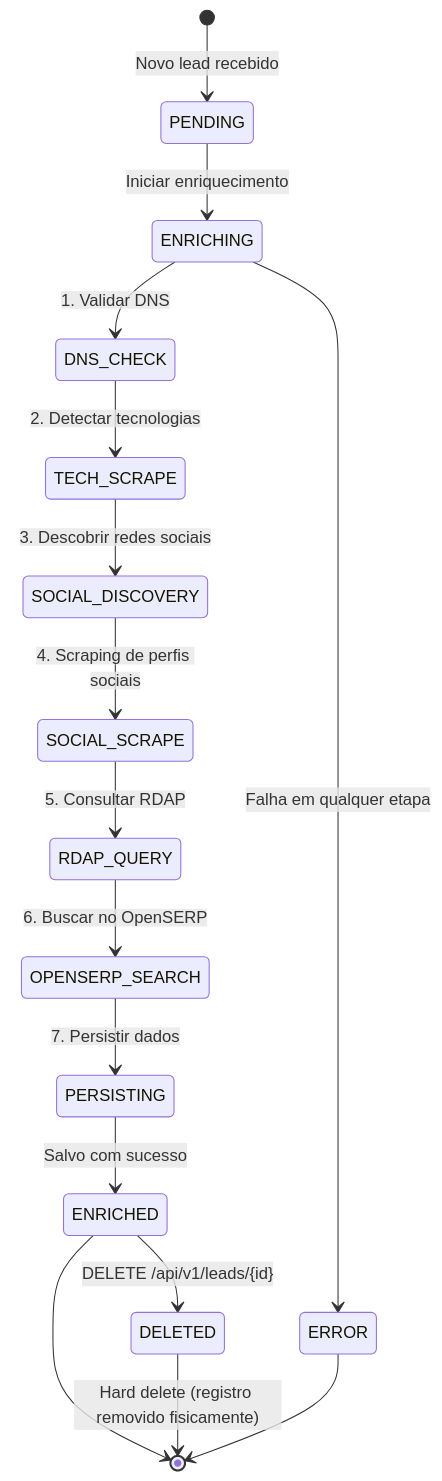
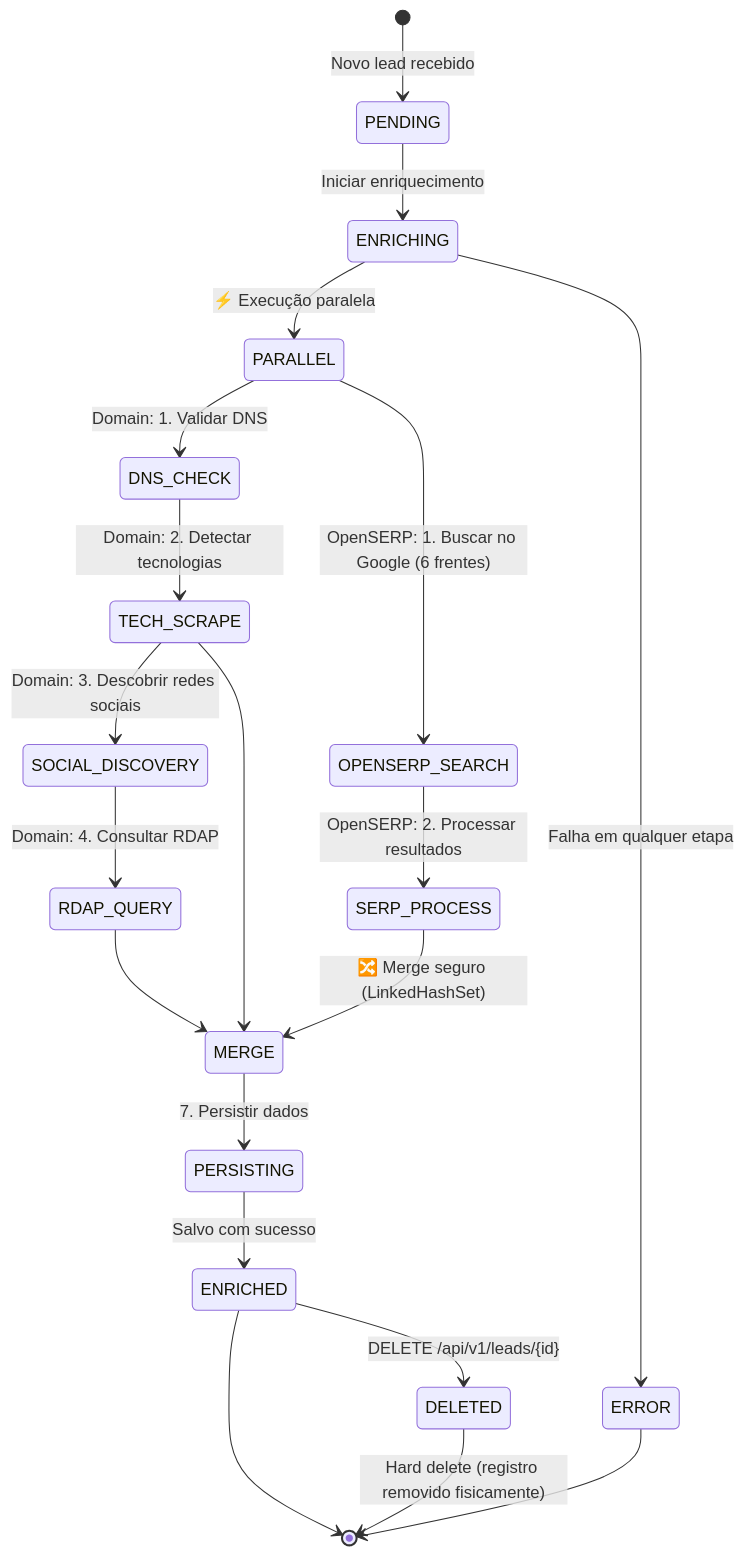
One commit to pdrodavi/lead-enrichment-api changed the first of 4 diagrams in docs/diagrams/mermaid-fluxo-enriquecimento.md. Above: the diagram before and after it, drawn with Mermaid. The commit also changed other lines of this file and 34 other files, not shown here.

````diff
--- a/docs/diagrams/mermaid-fluxo-enriquecimento.md
+++ b/docs/diagrams/mermaid-fluxo-enriquecimento.md
@@ -5,22 +5,26 @@
 ```mermaid
 stateDiagram-v2
     [*] --> PENDING : Novo lead recebido
     PENDING --> ENRICHING : Iniciar enriquecimento
 
-    ENRICHING --> DNS_CHECK : 1. Validar DNS
-    DNS_CHECK --> TECH_SCRAPE : 2. Detectar tecnologias
-    TECH_SCRAPE --> SOCIAL_DISCOVERY : 3. Descobrir redes sociais
-    SOCIAL_DISCOVERY --> SOCIAL_SCRAPE : 4. Scraping de perfis sociais
-    SOCIAL_SCRAPE --> RDAP_QUERY : 5. Consultar RDAP
-    RDAP_QUERY --> OPENSERP_SEARCH : 6. Buscar no OpenSERP
-    OPENSERP_SEARCH --> PERSISTING : 7. Persistir dados
+    ENRICHING --> PARALLEL : ⚡ Execução paralela
+    PARALLEL --> DNS_CHECK : Domain: 1. Validar DNS
+    PARALLEL --> OPENSERP_SEARCH : OpenSERP: 1. Buscar no Google (6 frentes)
+    DNS_CHECK --> TECH_SCRAPE : Domain: 2. Detectar tecnologias
+    TECH_SCRAPE --> SOCIAL_DISCOVERY : Domain: 3. Descobrir redes sociais
+    SOCIAL_DISCOVERY --> RDAP_QUERY : Domain: 4. Consultar RDAP
+    OPENSERP_SEARCH --> SERP_PROCESS : OpenSERP: 2. Processar resultados
+    SERP_PROCESS --> MERGE : 🔀 Merge seguro (LinkedHashSet)
+    TECH_SCRAPE --> MERGE
+    RDAP_QUERY --> MERGE
+    MERGE --> PERSISTING : 7. Persistir dados
 
     PERSISTING --> ENRICHED : Salvo com sucesso
     ENRICHED --> [*]
 
     ENRICHING --> ERROR : Falha em qualquer etapa
     ERROR --> [*]
 
     ENRICHED --> DELETED : DELETE /api/v1/leads/{id}
     DELETED --> [*] : Hard delete (registro removido fisicamente)
 ```
````
